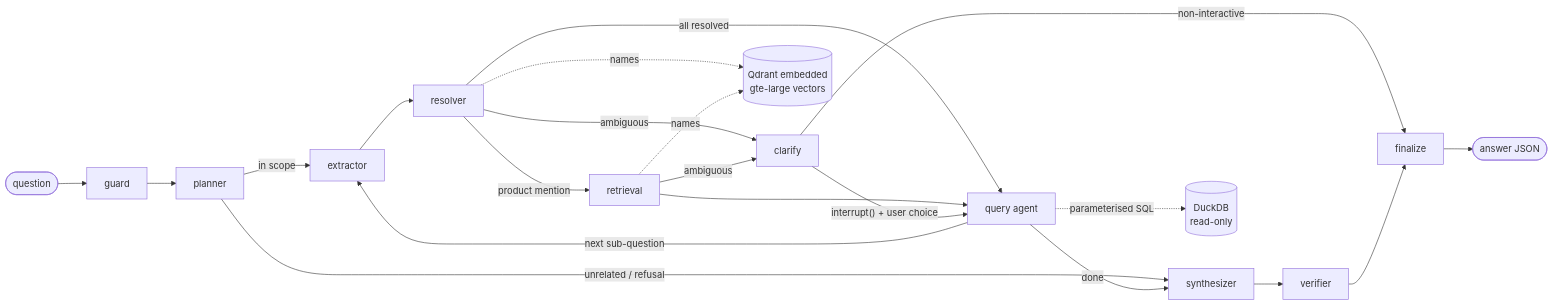
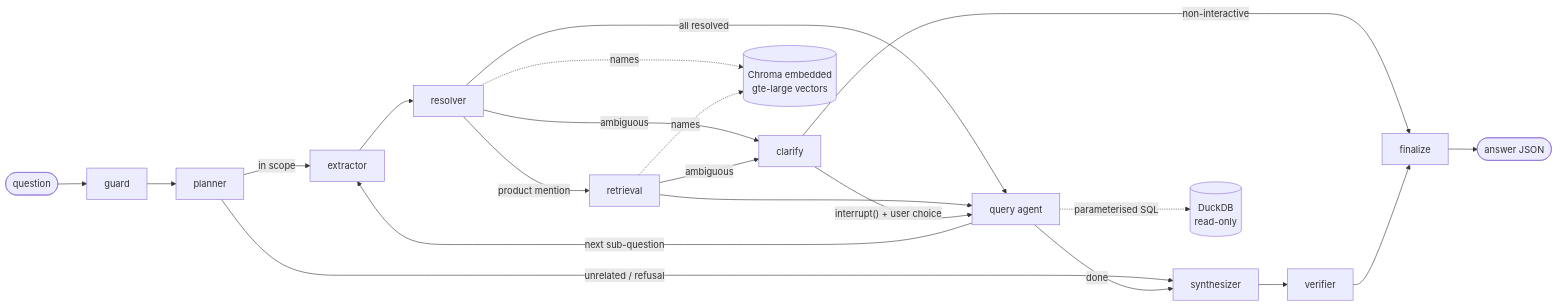
The diagram in README.md (praveensomisetti/RAG_calense), drawn with Mermaid before and after one commit. The commit also changed other lines of this file and 15 other files, not shown here.

First line of the commit message:
Replace embedded Qdrant with embedded Chroma for the vector store

````diff
--- a/README.md
+++ b/README.md
@@ -50,17 +50,17 @@
 ```mermaid
 flowchart LR
   Q([question]) --> G[guard] --> P[planner]
   P -->|in scope| X[extractor] --> R[resolver]
   P -->|unrelated / refusal| S
   R -->|all resolved| QA[query agent]
   R -->|product mention| RT[retrieval] --> QA
   R -->|ambiguous| C[clarify]
   RT -->|ambiguous| C
   C -->|"interrupt() + user choice"| QA
   C -->|non-interactive| F
   QA -->|next sub-question| X
   QA -->|done| S[synthesizer] --> V[verifier] --> F[finalize] --> A([answer JSON])
-  R -. names .-> VDB[(Qdrant embedded<br/>gte-large vectors)]
+  R -. names .-> VDB[(Chroma embedded<br/>gte-large vectors)]
   RT -. names .-> VDB
   QA -. parameterised SQL .-> DB[(DuckDB<br/>read-only)]
 ```
````
